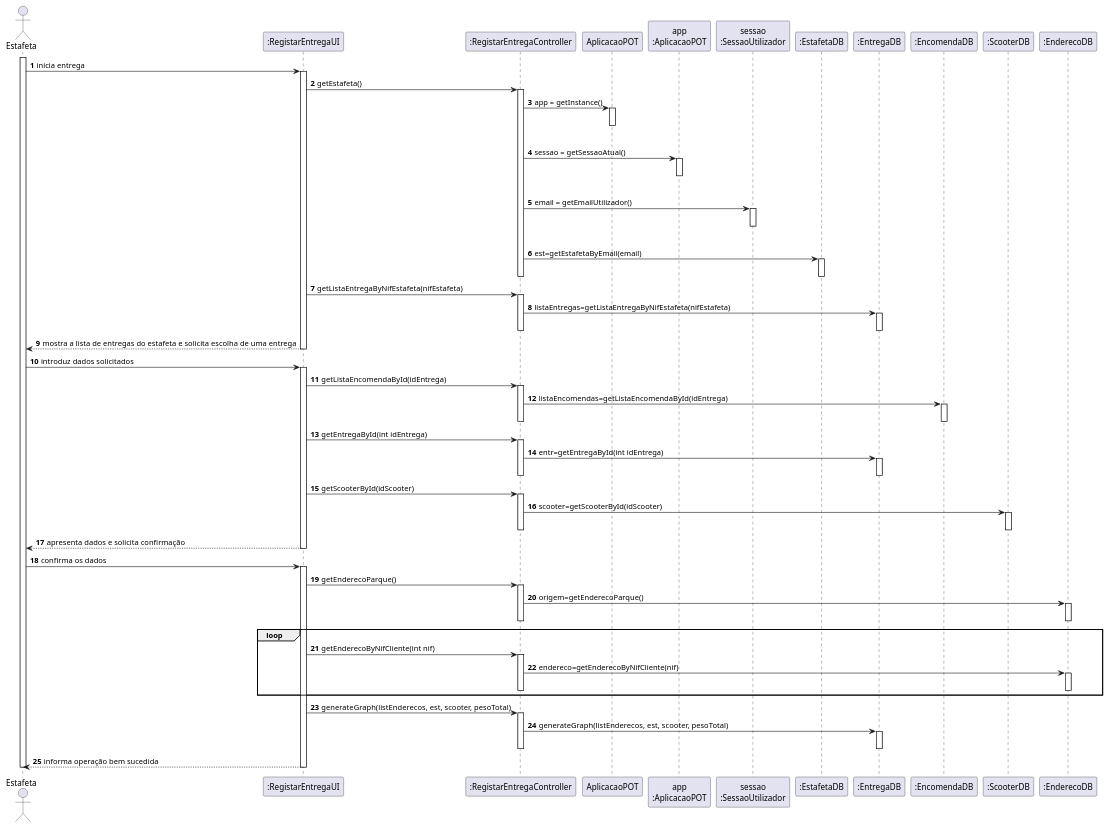
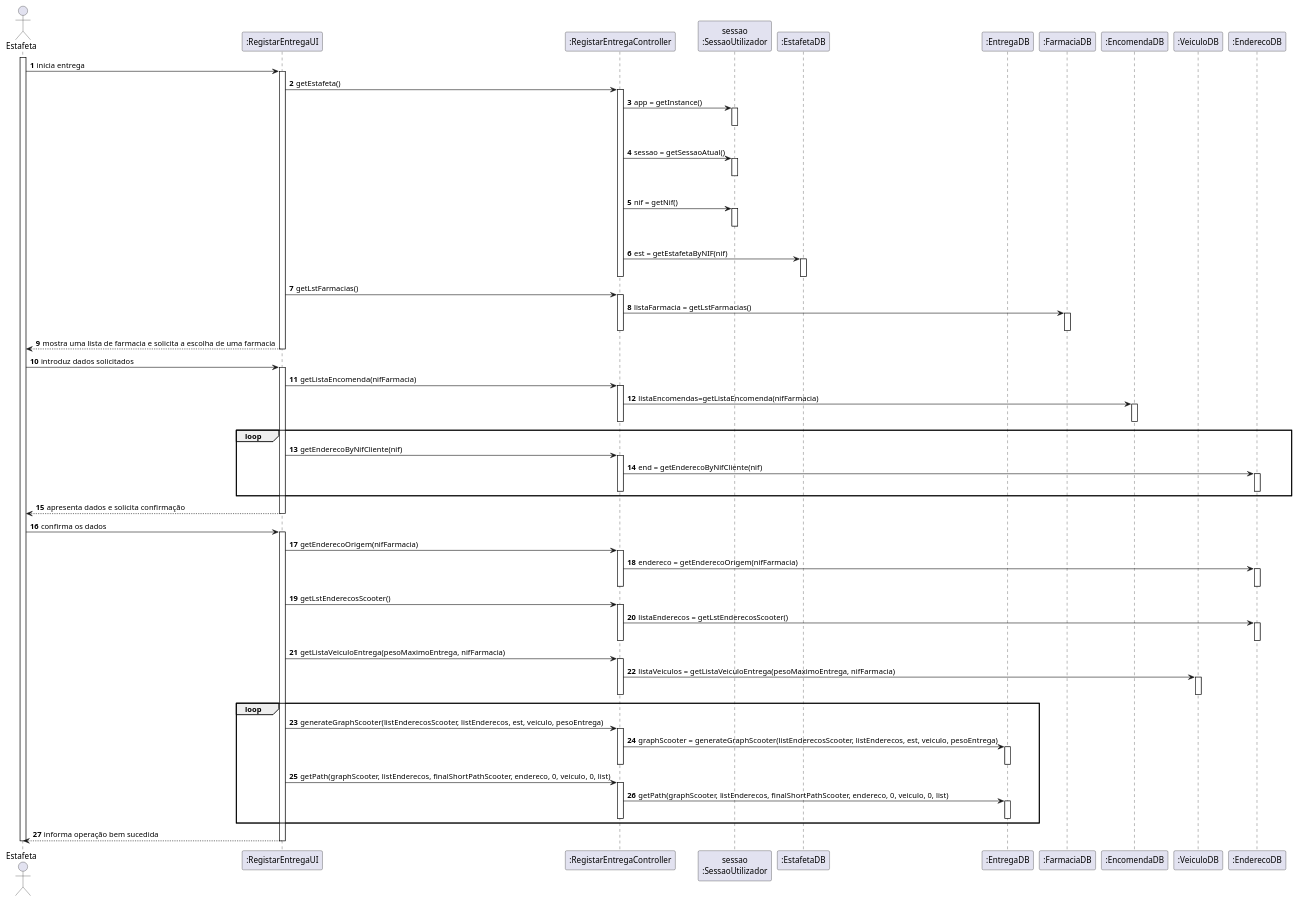
One commit to pedrolemos4/LAPR3 changed the diagram in docs/UC11/IniciaEntregaSD.puml. Above: the diagram before and after it, drawn with PlantUML. The commit also changed 15 other files, not shown here.

```diff
--- a/docs/UC11/IniciaEntregaSD.puml
+++ b/docs/UC11/IniciaEntregaSD.puml
@@ -1,103 +1,108 @@
 @startuml
 autonumber
 actor "Estafeta" as EST
 
 participant ":RegistarEntregaUI" as UI
 participant ":RegistarEntregaController" as CTRL
-participant "AplicacaoPOT" as _APP
-participant "app\n:AplicacaoPOT" as APP
 participant "sessao\n:SessaoUtilizador" as SESSAO
 
 participant ":EstafetaDB" as ESTDB
 participant ":EntregaDB" as ENTRDB
-
+participant ":FarmaciaDB" as FARDB
 participant ":EncomendaDB" as RENC
-participant ":ScooterDB" as RS
+participant ":VeiculoDB" as RS
 participant ":EnderecoDB" as END
 
 activate EST
 EST -> UI : inicia entrega
 activate UI
 UI -> CTRL : getEstafeta()
 activate CTRL
-CTRL -> _APP: app = getInstance()
-activate _APP
-|||
-deactivate _APP
-CTRL -> APP: sessao = getSessaoAtual()
-activate APP
-|||
-deactivate APP
-
-CTRL -> SESSAO: email = getEmailUtilizador()
+CTRL -> SESSAO: app = getInstance()
 activate SESSAO
 |||
 deactivate SESSAO
-CTRL -> ESTDB : est=getEstafetaByEmail(email)
+CTRL -> SESSAO: sessao = getSessaoAtual()
+activate SESSAO
+|||
+deactivate SESSAO
+
+CTRL -> SESSAO: nif = getNif()
+activate SESSAO
+|||
+deactivate SESSAO
+CTRL -> ESTDB : est = getEstafetaByNIF(nif)
 activate ESTDB
 deactivate ESTDB
 deactivate CTRL
-UI -> CTRL : getListaEntregaByNifEstafeta(nifEstafeta)
+UI -> CTRL : getLstFarmacias()
 activate CTRL
-CTRL -> ENTRDB : listaEntregas=getListaEntregaByNifEstafeta(nifEstafeta)
-activate ENTRDB
-deactivate ENTRDB
+CTRL -> FARDB : listaFarmacia = getLstFarmacias()
+activate FARDB
+deactivate FARDB
 deactivate CTRL
-UI --> EST : mostra a lista de entregas do estafeta e solicita escolha de uma entrega
+UI --> EST : mostra uma lista de farmacia e solicita a escolha de uma farmacia
 deactivate UI
 
 EST -> UI : introduz dados solicitados
 activate UI
-UI -> CTRL : getListaEncomendaById(idEntrega)
+UI -> CTRL : getListaEncomenda(nifFarmacia)
 activate CTRL
-CTRL -> RENC : listaEncomendas=getListaEncomendaById(idEntrega)
+CTRL -> RENC : listaEncomendas=getListaEncomenda(nifFarmacia)
 activate RENC
 deactivate RENC
 deactivate CTRL
-UI -> CTRL : getEntregaById(int idEntrega)
+loop
+UI -> CTRL : getEnderecoByNifCliente(nif)
 activate CTRL
-CTRL -> ENTRDB : entr=getEntregaById(int idEntrega)
-activate ENTRDB
-deactivate ENTRDB
+CTRL -> END : end = getEnderecoByNifCliente(nif)
+activate END
+deactivate END
 deactivate CTRL
-UI -> CTRL : getScooterById(idScooter)
-activate CTRL
-CTRL -> RS : scooter=getScooterById(idScooter)
-activate RS
-deactivate RS
-deactivate CTRL
+end loop
 
 
 UI --> EST : apresenta dados e solicita confirmação
 deactivate UI
 
 EST -> UI : confirma os dados
 activate UI
-UI -> CTRL : getEnderecoParque()
+UI -> CTRL : getEnderecoOrigem(nifFarmacia)
 activate CTRL
-CTRL-> END : origem=getEnderecoParque()
+CTRL -> END : endereco = getEnderecoOrigem(nifFarmacia)
 activate END
 deactivate END
 deactivate CTRL
-loop
-UI -> CTRL : getEnderecoByNifCliente(int nif)
+UI -> CTRL : getLstEnderecosScooter()
 activate CTRL
-CTRL -> END : endereco=getEnderecoByNifCliente(nif)
+CTRL-> END : listaEnderecos = getLstEnderecosScooter()
 activate END
 deactivate END
 deactivate CTRL
-end loop
-
-UI -> CTRL : generateGraph(listEnderecos, est, scooter, pesoTotal)
+UI -> CTRL : getListaVeiculoEntrega(pesoMaximoEntrega, nifFarmacia)
 activate CTRL
-CTRL -> ENTRDB : generateGraph(listEnderecos, est, scooter, pesoTotal)
+CTRL -> RS : listaVeiculos = getListaVeiculoEntrega(pesoMaximoEntrega, nifFarmacia)
+activate RS
+deactivate RS
+deactivate CTRL
+loop
+UI -> CTRL : generateGraphScooter(listEnderecosScooter, listEnderecos, est, veiculo, pesoEntrega)
+activate CTRL
+CTRL -> ENTRDB : graphScooter = generateGraphScooter(listEnderecosScooter, listEnderecos, est, veiculo, pesoEntrega)
 activate ENTRDB
 deactivate ENTRDB
 deactivate CTRL
+UI -> CTRL : getPath(graphScooter, listEnderecos, finalShortPathScooter, endereco, 0, veiculo, 0, list)
+activate CTRL
+CTRL -> ENTRDB : getPath(graphScooter, listEnderecos, finalShortPathScooter, endereco, 0, veiculo, 0, list)
+activate ENTRDB
+deactivate ENTRDB
+deactivate CTRL
+end loop
 UI --> EST : informa operação bem sucedida
 deactivate CTRL
 deactivate UI
 
 deactivate EST
 
 @enduml
```
